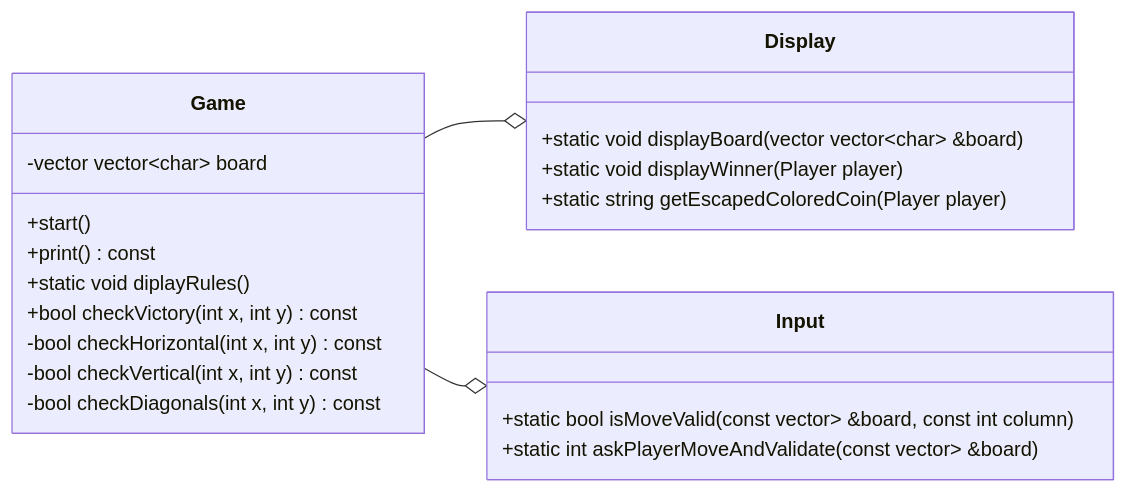
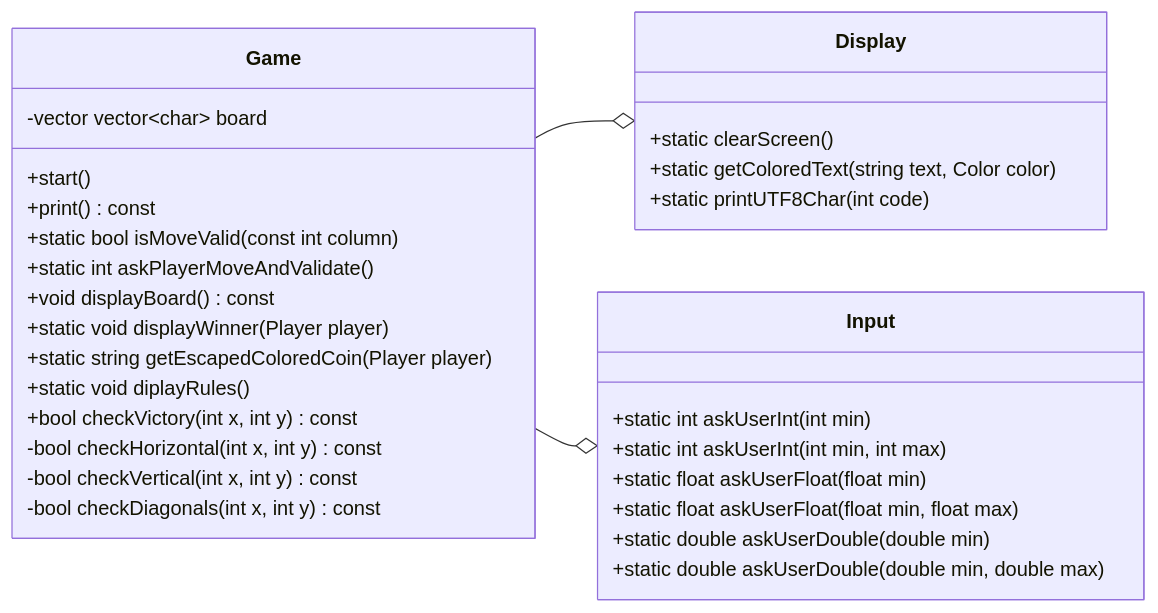
One commit to HEIGVD-PRG1-F-2022/lab05-refactor-emily-samuel changed the diagram in README.md. Above: the diagram before and after it, drawn with Mermaid. The commit also changed other lines of this file, not shown here.

Commit message:
readme: fix schema with generics Display and Input class

````diff
--- a/README.md
+++ b/README.md
@@ -4,25 +4,34 @@
 ```mermaid
 classDiagram
 	direction LR
 	Game --o Display
 	Game --o Input
 	class Display {
-		+static void displayBoard(vector vector~char~ &board)
-		+static void displayWinner(Player player)
-		+static string getEscapedColoredCoin(Player player)
+		+static clearScreen()
+		+static getColoredText(string text, Color color)
+		+static printUTF8Char(int code)
 	}
 	class Input {
-		+static bool isMoveValid(const vector<vector<char>> &board, const int column)
-		+static int askPlayerMoveAndValidate(const vector<vector<char>> &board)
+		+static int askUserInt(int min)
+		+static int askUserInt(int min, int max)
+		+static float askUserFloat(float min)
+		+static float askUserFloat(float min, float max)
+		+static double askUserDouble(double min)
+		+static double askUserDouble(double min, double max)
 	}
 	class Game {
 		-vector vector~char~ board
 		+start()
 		+print() const
+		+static bool isMoveValid(const int column)
+		+static int askPlayerMoveAndValidate()
+		+void displayBoard() const
+		+static void displayWinner(Player player)
+		+static string getEscapedColoredCoin(Player player)
 		+static void diplayRules()
 		+bool checkVictory(int x, int y) const
 		-bool checkHorizontal(int x, int y) const
 		-bool checkVertical(int x, int y) const
 		-bool checkDiagonals(int x, int y) const
 	}
 ```
````
